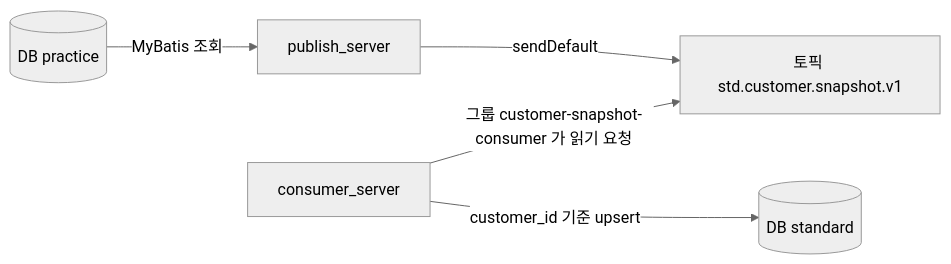
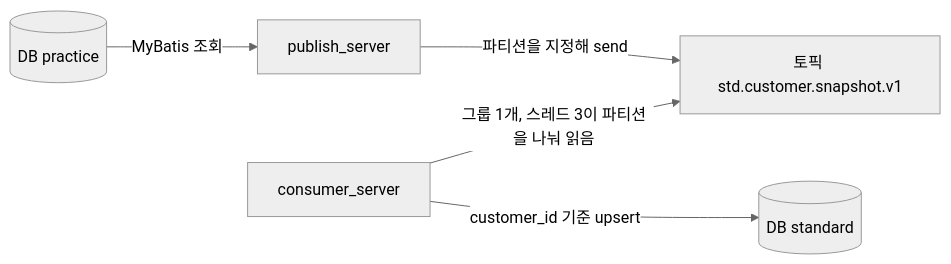
Before and after one commit to zustarttf/kafka_test: the first of 2 diagrams in README.md, drawn with Mermaid (neutral theme). The commit also changed other lines of this file and 4 other files, not shown here.

````diff
--- a/README.md
+++ b/README.md
@@ -5,13 +5,13 @@
 ```mermaid
 flowchart LR
   practice[(DB practice)]
   publisher[publish_server]
   topic[토픽 std.customer.snapshot.v1]
   consumer[consumer_server]
   standard[(DB standard)]
 
   practice -->|MyBatis 조회| publisher
-  publisher -->|sendDefault| topic
-  consumer -->|그룹 customer-snapshot-consumer 가 읽기 요청| topic
+  publisher -->|파티션을 지정해 send| topic
+  consumer -->|그룹 1개, 스레드 3이 파티션을 나눠 읽음| topic
   consumer -->|customer_id 기준 upsert| standard
 ```
````
